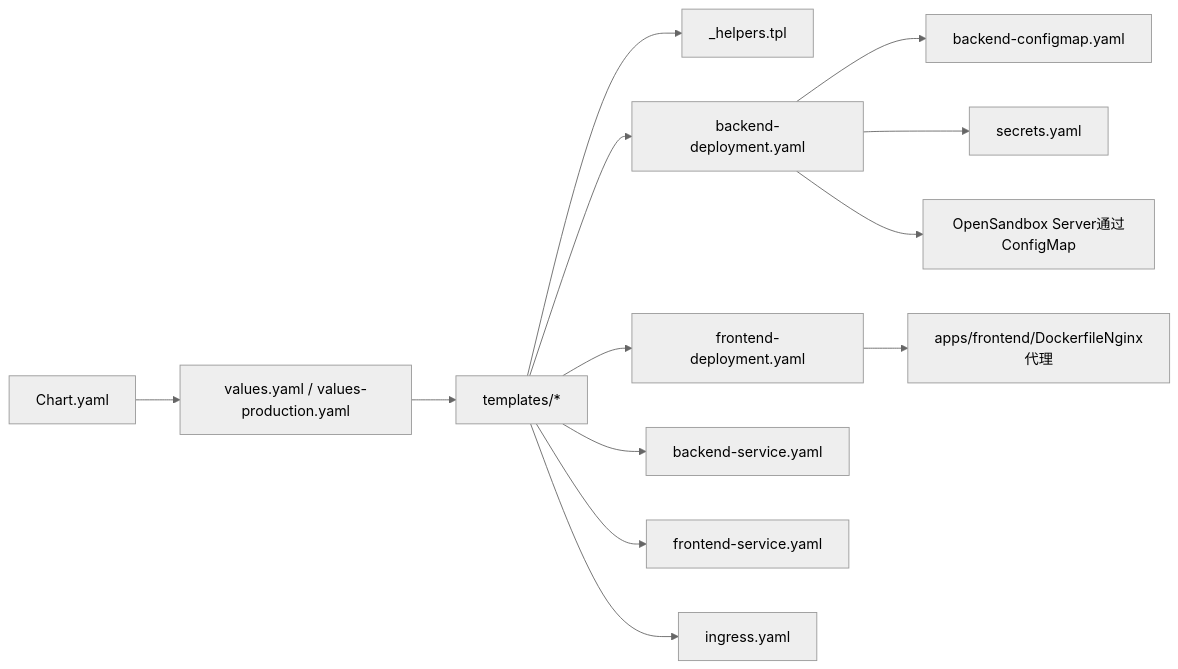
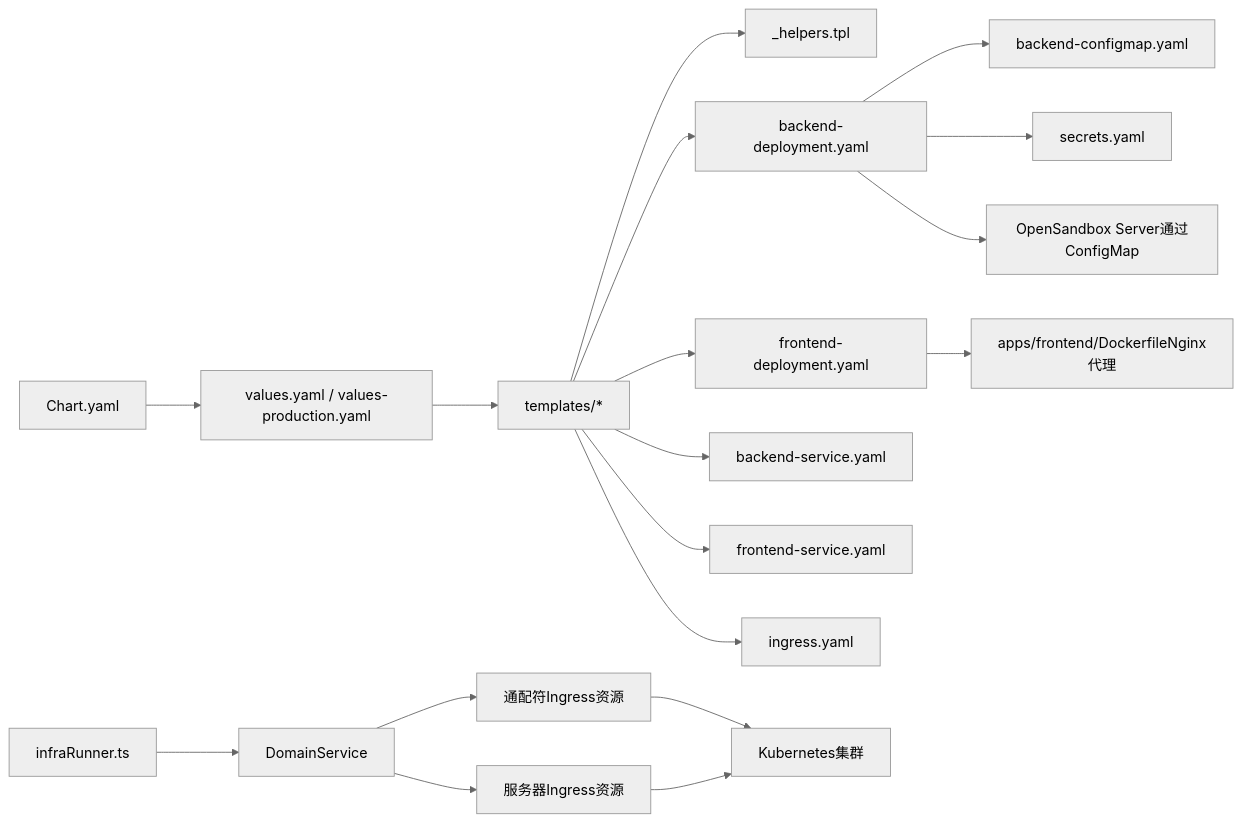
The sixth of 6 diagrams in .qoder/repowiki/zh/content/部署与运维/Kubernetes部署.md (RabbitAI-Lab/Sandbox-Manager), drawn with Mermaid (neutral theme) before and after one commit. The commit also changed other lines of this file and 21 other files, not shown here.

````diff
--- a/.qoder/repowiki/zh/content/部署与运维/Kubernetes部署.md
+++ b/.qoder/repowiki/zh/content/部署与运维/Kubernetes部署.md
@@ -280,15 +355,20 @@
 ```mermaid
 graph LR
 CH["Chart.yaml"] --> V["values.yaml / values-production.yaml"]
 V --> TPL["templates/*"]
 TPL --> HELM["_helpers.tpl"]
 TPL --> BE_DEP["backend-deployment.yaml"]
 TPL --> FE_DEP["frontend-deployment.yaml"]
 TPL --> BE_SVC["backend-service.yaml"]
 TPL --> FE_SVC["frontend-service.yaml"]
 TPL --> ING["ingress.yaml"]
 BE_DEP --> CM["backend-configmap.yaml"]
 BE_DEP --> SEC["secrets.yaml"]
 FE_DEP --> NGINX["apps/frontend/DockerfileNginx代理"]
 BE_DEP --> OS["OpenSandbox Server通过ConfigMap"]
+IR["infraRunner.ts"] --> DS["DomainService"]
+DS --> WILD_ING["通配符Ingress资源"]
+DS --> SERVER_ING["服务器Ingress资源"]
+WILD_ING --> K8S["Kubernetes集群"]
+SERVER_ING --> K8S
 ```
````
